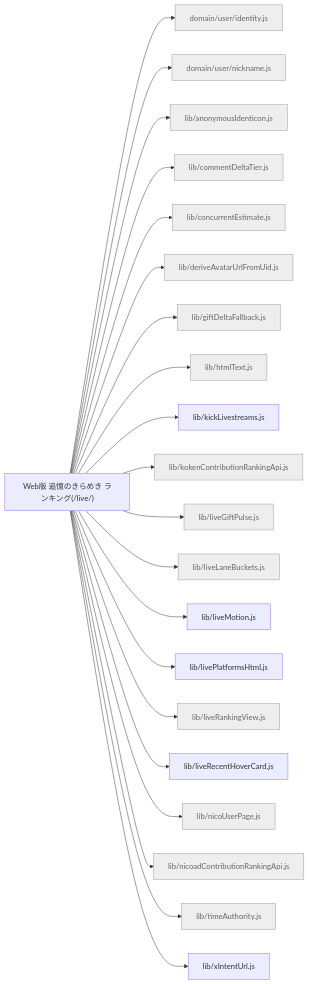
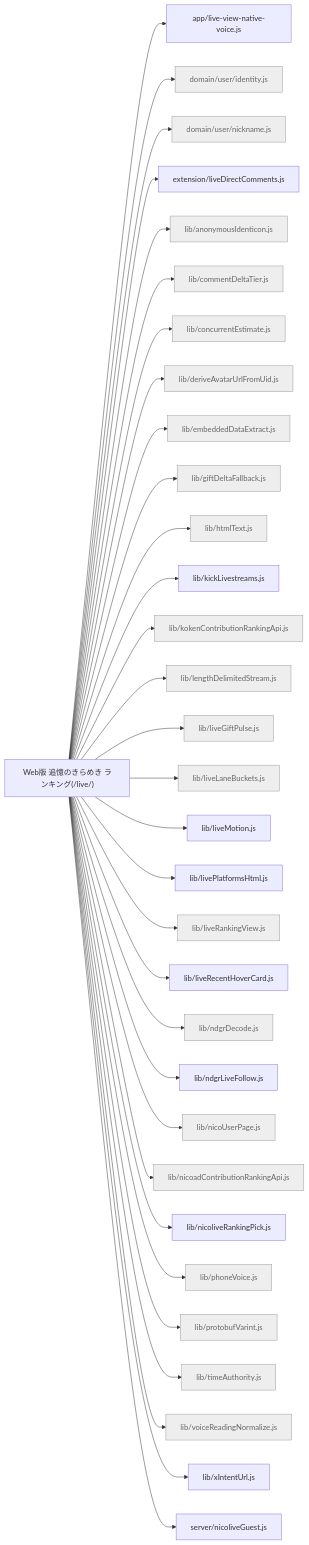
One commit to kimito-link/tsuioku-no-kirameki.com changed the diagram in docs/feature-map/live-ranking.md. Above: the diagram before and after it, drawn with Mermaid. The commit also changed 32 other files, not shown here.

First line of the commit message:
feat(app): iPhone アプリだけで配信のコメントを直接受け取って流す(v0.1.1821)

````diff
--- a/docs/feature-map/live-ranking.md
+++ b/docs/feature-map/live-ranking.md
@@ -13,25 +13,36 @@
 ```mermaid
 graph LR
   n_live_ranking["Web版 追憶のきらめき ランキング(/live/)"]
+  n_live_ranking --> n_app_live_view_native_voice_js["app/live-view-native-voice.js"]
   n_live_ranking --> n_src_domain_user_identity_js["domain/user/identity.js"]:::shared
   n_live_ranking --> n_src_domain_user_nickname_js["domain/user/nickname.js"]:::shared
+  n_live_ranking --> n_src_extension_liveDirectComments_js["extension/liveDirectComments.js"]
   n_live_ranking --> n_src_lib_anonymousIdenticon_js["lib/anonymousIdenticon.js"]:::shared
   n_live_ranking --> n_src_lib_commentDeltaTier_js["lib/commentDeltaTier.js"]:::shared
   n_live_ranking --> n_src_lib_concurrentEstimate_js["lib/concurrentEstimate.js"]:::shared
   n_live_ranking --> n_src_lib_deriveAvatarUrlFromUid_js["lib/deriveAvatarUrlFromUid.js"]:::shared
+  n_live_ranking --> n_src_lib_embeddedDataExtract_js["lib/embeddedDataExtract.js"]:::shared
   n_live_ranking --> n_src_lib_giftDeltaFallback_js["lib/giftDeltaFallback.js"]:::shared
   n_live_ranking --> n_src_lib_htmlText_js["lib/htmlText.js"]:::shared
   n_live_ranking --> n_src_lib_kickLivestreams_js["lib/kickLivestreams.js"]
   n_live_ranking --> n_src_lib_kokenContributionRankingApi_js["lib/kokenContributionRankingApi.js"]:::shared
+  n_live_ranking --> n_src_lib_lengthDelimitedStream_js["lib/lengthDelimitedStream.js"]:::shared
   n_live_ranking --> n_src_lib_liveGiftPulse_js["lib/liveGiftPulse.js"]:::shared
   n_live_ranking --> n_src_lib_liveLaneBuckets_js["lib/liveLaneBuckets.js"]:::shared
   n_live_ranking --> n_src_lib_liveMotion_js["lib/liveMotion.js"]
   n_live_ranking --> n_src_lib_livePlatformsHtml_js["lib/livePlatformsHtml.js"]
   n_live_ranking --> n_src_lib_liveRankingView_js["lib/liveRankingView.js"]:::shared
   n_live_ranking --> n_src_lib_liveRecentHoverCard_js["lib/liveRecentHoverCard.js"]
+  n_live_ranking --> n_src_lib_ndgrDecode_js["lib/ndgrDecode.js"]:::shared
+  n_live_ranking --> n_src_lib_ndgrLiveFollow_js["lib/ndgrLiveFollow.js"]
   n_live_ranking --> n_src_lib_nicoUserPage_js["lib/nicoUserPage.js"]:::shared
   n_live_ranking --> n_src_lib_nicoadContributionRankingApi_js["lib/nicoadContributionRankingApi.js"]:::shared
+  n_live_ranking --> n_src_lib_nicoliveRankingPick_js["lib/nicoliveRankingPick.js"]
+  n_live_ranking --> n_src_lib_phoneVoice_js["lib/phoneVoice.js"]:::shared
+  n_live_ranking --> n_src_lib_protobufVarint_js["lib/protobufVarint.js"]:::shared
   n_live_ranking --> n_src_lib_timeAuthority_js["lib/timeAuthority.js"]:::shared
+  n_live_ranking --> n_src_lib_voiceReadingNormalize_js["lib/voiceReadingNormalize.js"]:::shared
   n_live_ranking --> n_src_lib_xIntentUrl_js["lib/xIntentUrl.js"]
+  n_live_ranking --> n_src_server_nicoliveGuest_js["server/nicoliveGuest.js"]
   classDef shared fill:#eee,stroke:#999,color:#666;
 ```
````
